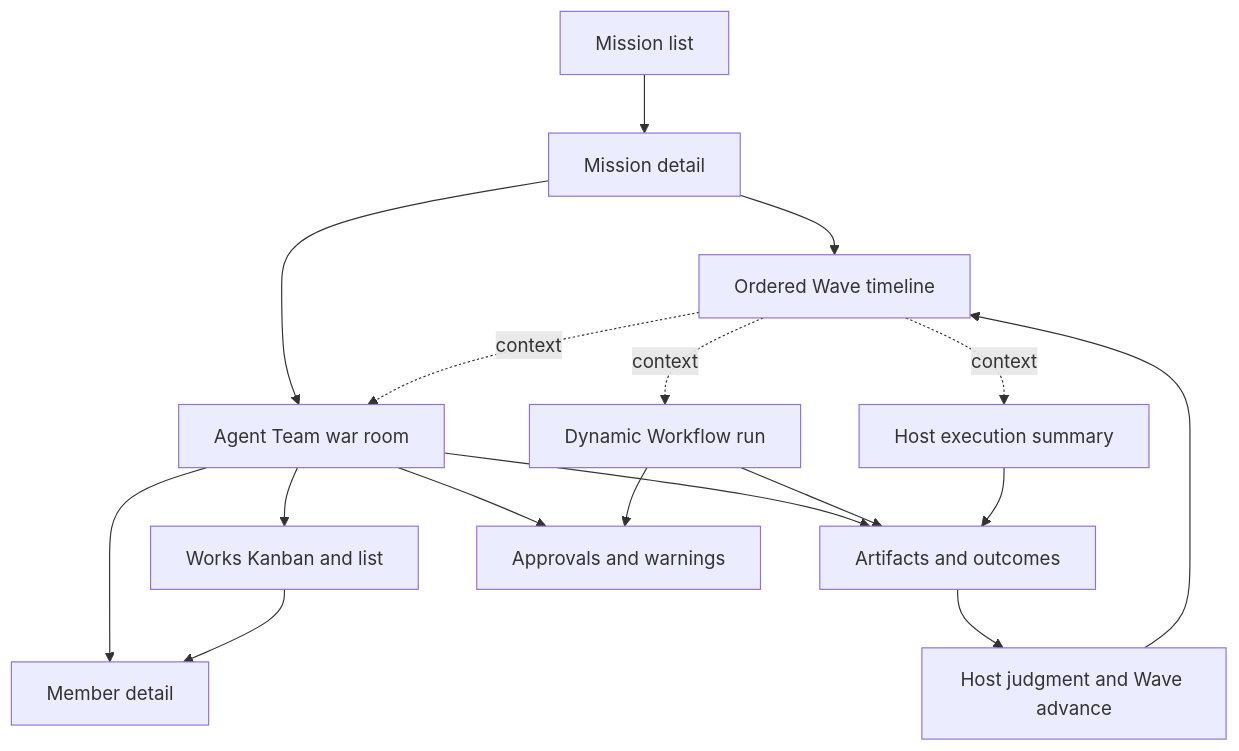
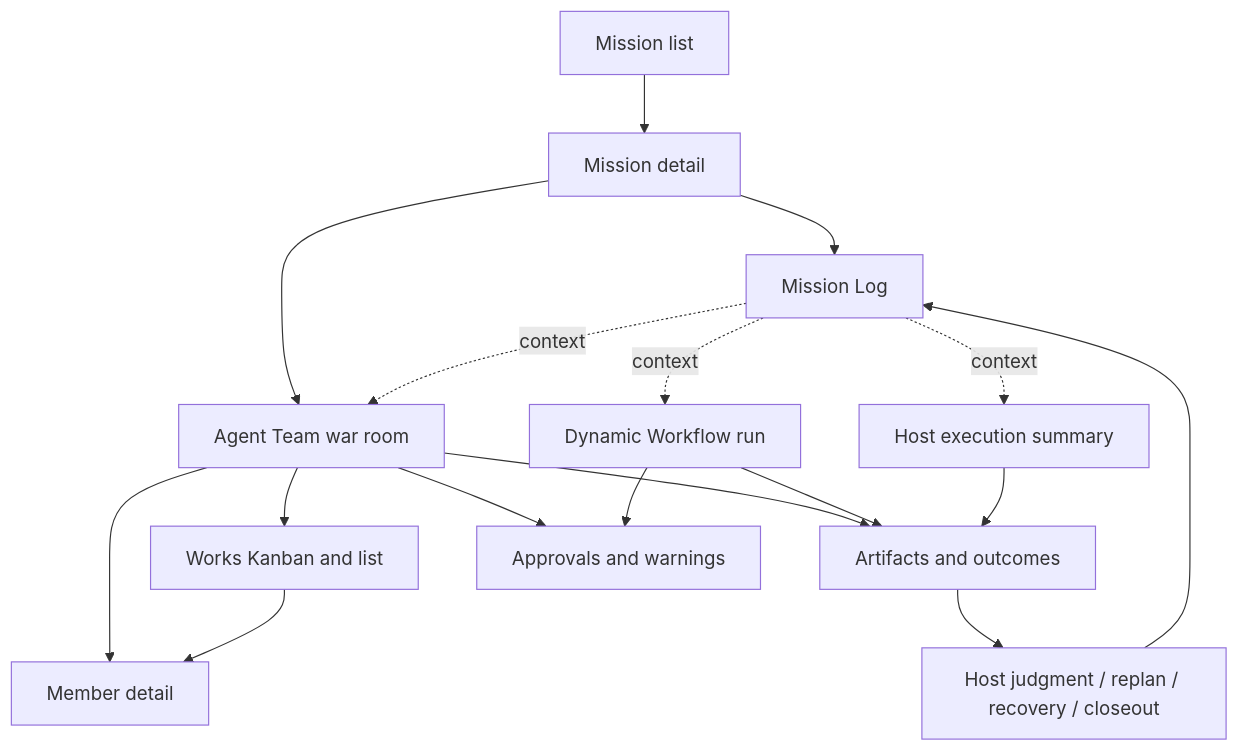
The diagram in docs/current/operations/dashboard.md (cyl19970726/multi-agent-harness), drawn with Mermaid before and after one commit. The commit also changed other lines of this file and 127 other files, not shown here.

````diff
--- a/docs/current/operations/dashboard.md
+++ b/docs/current/operations/dashboard.md
@@ -47,31 +47,31 @@
 ```mermaid
 flowchart TD
   Missions[Mission list]
   Mission[Mission detail]
-  Waves[Ordered Wave timeline]
+  Log[Mission Log]
   Team[Agent Team war room]
   Works[Works Kanban and list]
   Workflow[Dynamic Workflow run]
   Host[Host execution summary]
   Member[Member detail]
   Artifacts[Artifacts and outcomes]
-  Decision[Host judgment and Wave advance]
+  Decision[Host judgment / replan / recovery / closeout]
   Warnings[Approvals and warnings]
 
   Missions --> Mission
-  Mission --> Waves
+  Mission --> Log
   Mission --> Team
-  Waves -. context .-> Team
-  Waves -. context .-> Workflow
-  Waves -. context .-> Host
+  Log -. context .-> Team
+  Log -. context .-> Workflow
+  Log -. context .-> Host
   Team --> Member
   Team --> Works
   Works --> Member
   Team --> Artifacts
   Workflow --> Artifacts
   Host --> Artifacts
   Artifacts --> Decision
-  Decision --> Waves
+  Decision --> Log
   Team --> Warnings
   Workflow --> Warnings
 ```
````
